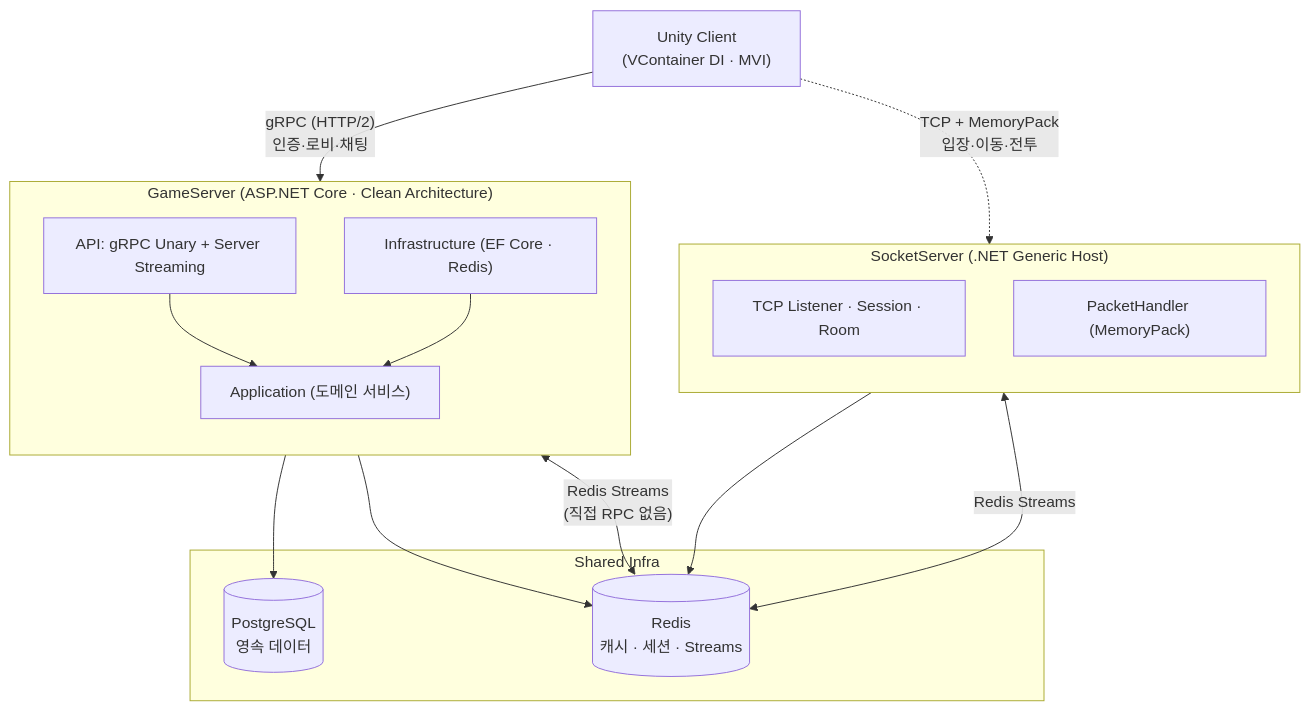
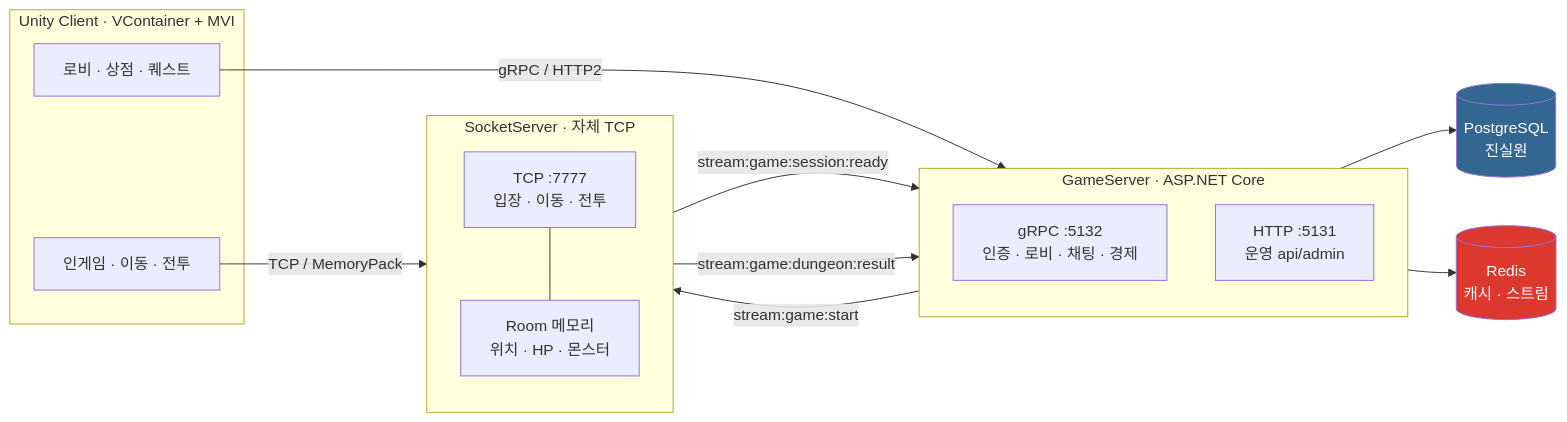
One commit to SeoBYP/Multiplay-ActionRPG-Unity changed the third of 12 diagrams in README.md. Above: the diagram before and after it, drawn with Mermaid. The commit also changed other lines of this file, not shown here.

First line of the commit message:
docs(readme): 채용 문서 가이드 기준으로 재작성 + ERD·시퀀스·SQL 추가

````diff
--- a/README.md
+++ b/README.md
@@ -62,32 +149,36 @@
 ```mermaid
-flowchart TB
-    Client["Unity Client<br/>(VContainer DI · MVI)"]
-
-    subgraph GS["GameServer (ASP.NET Core · Clean Architecture)"]
-        direction TB
-        api["API: gRPC Unary + Server Streaming"]
-        app["Application (도메인 서비스)"]
-        infra["Infrastructure (EF Core · Redis)"]
-        api --> app
-        infra --> app
+flowchart LR
+    subgraph CLIENT["Unity Client · VContainer + MVI"]
+        C1["로비 · 상점 · 퀘스트"]
+        C2["인게임 · 이동 · 전투"]
     end
 
-    subgraph SS["SocketServer (.NET Generic Host)"]
+    subgraph GS["GameServer · ASP.NET Core"]
         direction TB
-        tcp["TCP Listener · Session · Room"]
-        ph["PacketHandler (MemoryPack)"]
+        GAPI["gRPC :5132<br/>인증 · 로비 · 채팅 · 경제"]
+        GADM["HTTP :5131<br/>운영 api/admin"]
     end
 
-    subgraph Data["Shared Infra"]
-        PG[("PostgreSQL<br/>영속 데이터")]
-        RD[("Redis<br/>캐시 · 세션 · Streams")]
+    subgraph SS["SocketServer · 자체 TCP"]
+        direction TB
+        STCP["TCP :7777<br/>입장 · 이동 · 전투"]
+        SROOM["Room 메모리<br/>위치 · HP · 몬스터"]
     end
 
-    Client -->|"gRPC (HTTP/2)<br/>인증·로비·채팅"| GS
-    Client -.->|"TCP + MemoryPack<br/>입장·이동·전투"| SS
-    GS --> PG
-    GS --> RD
-    SS --> RD
-    GS <-->|"Redis Streams<br/>(직접 RPC 없음)"| RD
-    SS <-->|"Redis Streams"| RD
+    DB[("PostgreSQL<br/>진실원")]
+    RD[("Redis<br/>캐시 · 스트림")]
+
+    C1 -- "gRPC / HTTP2" --> GAPI
+    C2 -- "TCP / MemoryPack" --> STCP
+    STCP --- SROOM
+
+    GAPI --> DB
+    GAPI --> RD
+
+    GS -- "stream:game:start" --> SS
+    SS -- "stream:game:session:ready" --> GS
+    SS -- "stream:game:dungeon:result" --> GS
+
+    style DB fill:#336791,color:#fff
+    style RD fill:#DC382D,color:#fff
 ```
````
